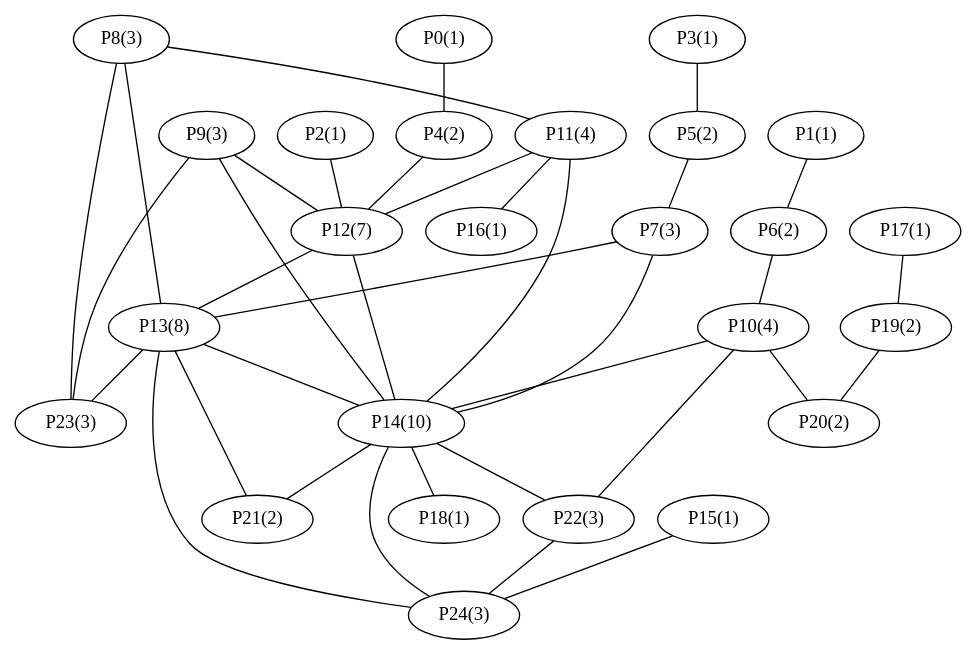
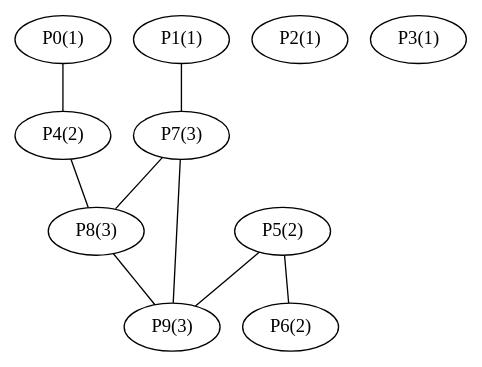
One commit to afkpost/P2PN_2014 changed the diagram in out.dot. Above: the diagram before and after it, drawn with Graphviz. The commit also changed 2 other files, not shown here.

```diff
--- a/out.dot
+++ b/out.dot
@@ -1,62 +1,20 @@
 graph network {
 	"P0(1)";
 	"P4(2)";
 	"P1(1)";
-	"P6(2)";
+	"P7(3)";
 	"P2(1)";
-	"P12(7)";
+	"P8(3)";
 	"P3(1)";
 	"P5(2)";
-	"P7(3)";
-	"P10(4)";
-	"P13(8)";
-	"P14(10)";
-	"P8(3)";
-	"P11(4)";
-	"P23(3)";
+	"P6(2)";
 	"P9(3)";
-	"P20(2)";
-	"P22(3)";
-	"P16(1)";
-	"P24(3)";
-	"P21(2)";
-	"P18(1)";
-	"P15(1)";
-	"P17(1)";
-	"P19(2)";
 	"P0(1)" -- "P4(2)";
-	"P1(1)" -- "P6(2)";
-	"P2(1)" -- "P12(7)";
-	"P3(1)" -- "P5(2)";
-	"P4(2)" -- "P12(7)";
-	"P5(2)" -- "P7(3)";
-	"P6(2)" -- "P10(4)";
-	"P7(3)" -- "P13(8)";
-	"P7(3)" -- "P14(10)";
-	"P8(3)" -- "P11(4)";
-	"P8(3)" -- "P23(3)";
-	"P8(3)" -- "P13(8)";
-	"P9(3)" -- "P14(10)";
-	"P9(3)" -- "P23(3)";
-	"P9(3)" -- "P12(7)";
-	"P10(4)" -- "P14(10)";
-	"P10(4)" -- "P20(2)";
-	"P10(4)" -- "P22(3)";
-	"P11(4)" -- "P14(10)";
-	"P11(4)" -- "P16(1)";
-	"P11(4)" -- "P12(7)";
-	"P12(7)" -- "P14(10)";
-	"P12(7)" -- "P13(8)";
-	"P13(8)" -- "P14(10)";
-	"P13(8)" -- "P24(3)";
-	"P13(8)" -- "P23(3)";
-	"P13(8)" -- "P21(2)";
-	"P14(10)" -- "P18(1)";
-	"P14(10)" -- "P21(2)";
-	"P14(10)" -- "P22(3)";
-	"P14(10)" -- "P24(3)";
-	"P15(1)" -- "P24(3)";
-	"P17(1)" -- "P19(2)";
-	"P19(2)" -- "P20(2)";
-	"P22(3)" -- "P24(3)";
+	"P1(1)" -- "P7(3)";
+	"P4(2)" -- "P8(3)";
+	"P5(2)" -- "P6(2)";
+	"P5(2)" -- "P9(3)";
+	"P7(3)" -- "P9(3)";
+	"P7(3)" -- "P8(3)";
+	"P8(3)" -- "P9(3)";
 }
```
